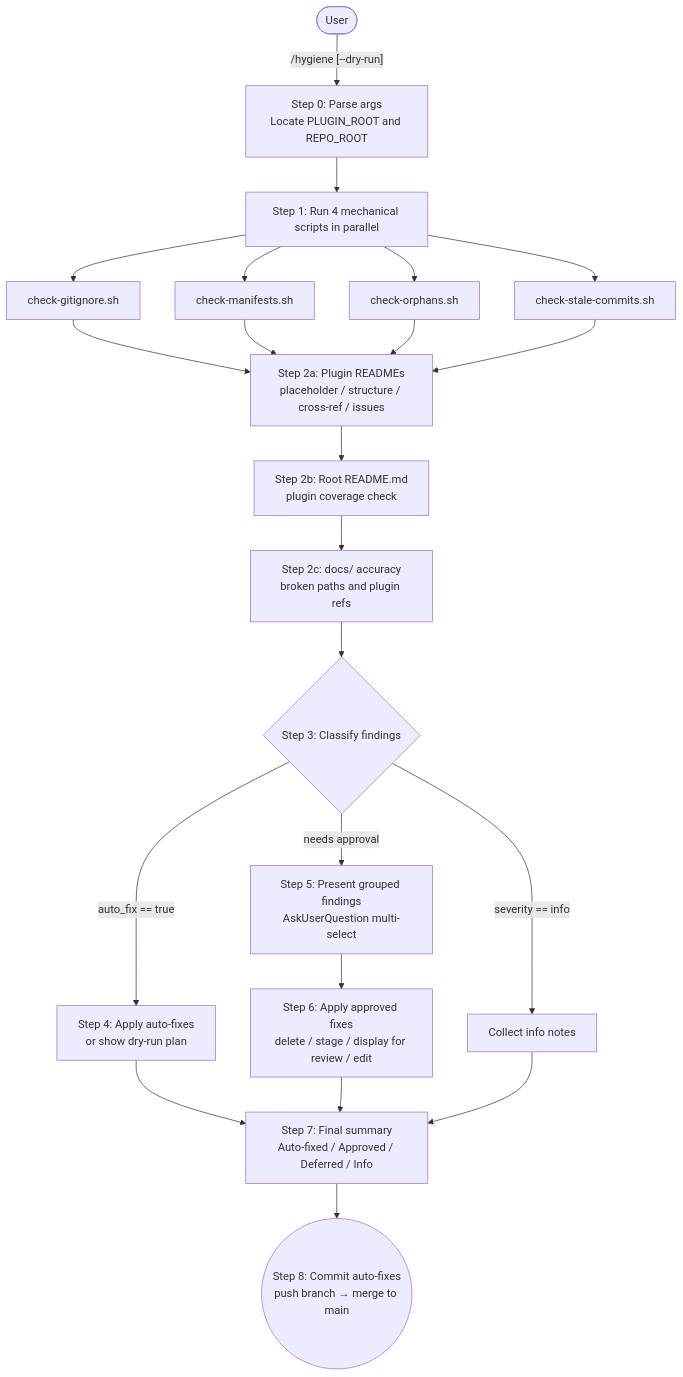
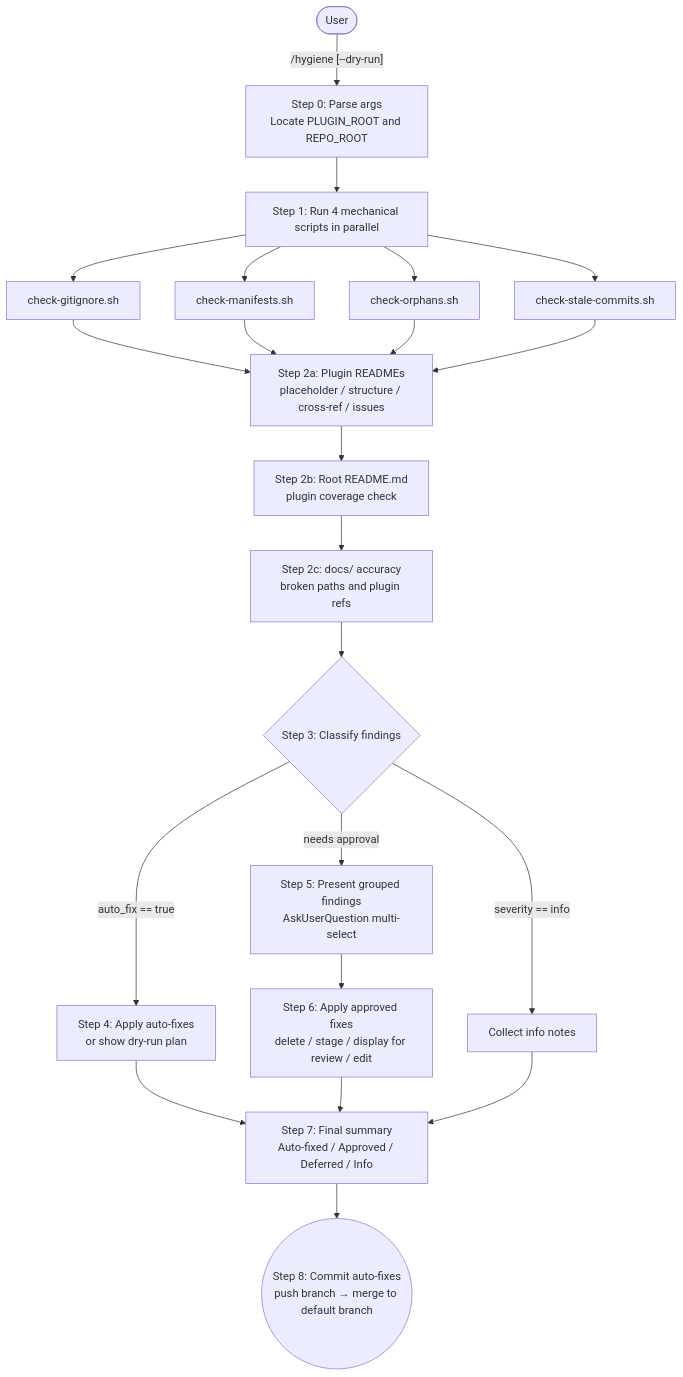
Before and after one commit to L3Digital-Net/Claude-Code-Plugins: the diagram in plugins/repo-hygiene/README.md, drawn with Mermaid. The commit also changed other lines of this file and 5 other files, not shown here.

````diff
--- a/plugins/repo-hygiene/README.md
+++ b/plugins/repo-hygiene/README.md
@@ -40,19 +41,19 @@
 ```mermaid
 flowchart TD
     U([User]) -->|"/hygiene [--dry-run]"| S0[Step 0: Parse args<br/>Locate PLUGIN_ROOT and REPO_ROOT]
     S0 --> P[Step 1: Run 4 mechanical scripts in parallel]
     P --> G[check-gitignore.sh]
     P --> M[check-manifests.sh]
     P --> O[check-orphans.sh]
     P --> C[check-stale-commits.sh]
     G & M & O & C --> R2A[Step 2a: Plugin READMEs<br/>placeholder / structure / cross-ref / issues]
     R2A --> R2B[Step 2b: Root README.md<br/>plugin coverage check]
     R2B --> R2C[Step 2c: docs/ accuracy<br/>broken paths and plugin refs]
     R2C --> CL{Step 3: Classify findings}
     CL -->|auto_fix == true| AF[Step 4: Apply auto-fixes<br/>or show dry-run plan]
     CL -->|needs approval| NA[Step 5: Present grouped findings<br/>AskUserQuestion multi-select]
     CL -->|severity == info| IN[Collect info notes]
     NA --> AP[Step 6: Apply approved fixes<br/>delete / stage / display for review / edit]
     AF & AP & IN --> SUM[Step 7: Final summary<br/>Auto-fixed / Approved / Deferred / Info]
-    SUM --> PUSH((Step 8: Commit auto-fixes<br/>push branch → merge to main))
+    SUM --> PUSH((Step 8: Commit auto-fixes<br/>push branch → merge to default branch))
 ```
````
